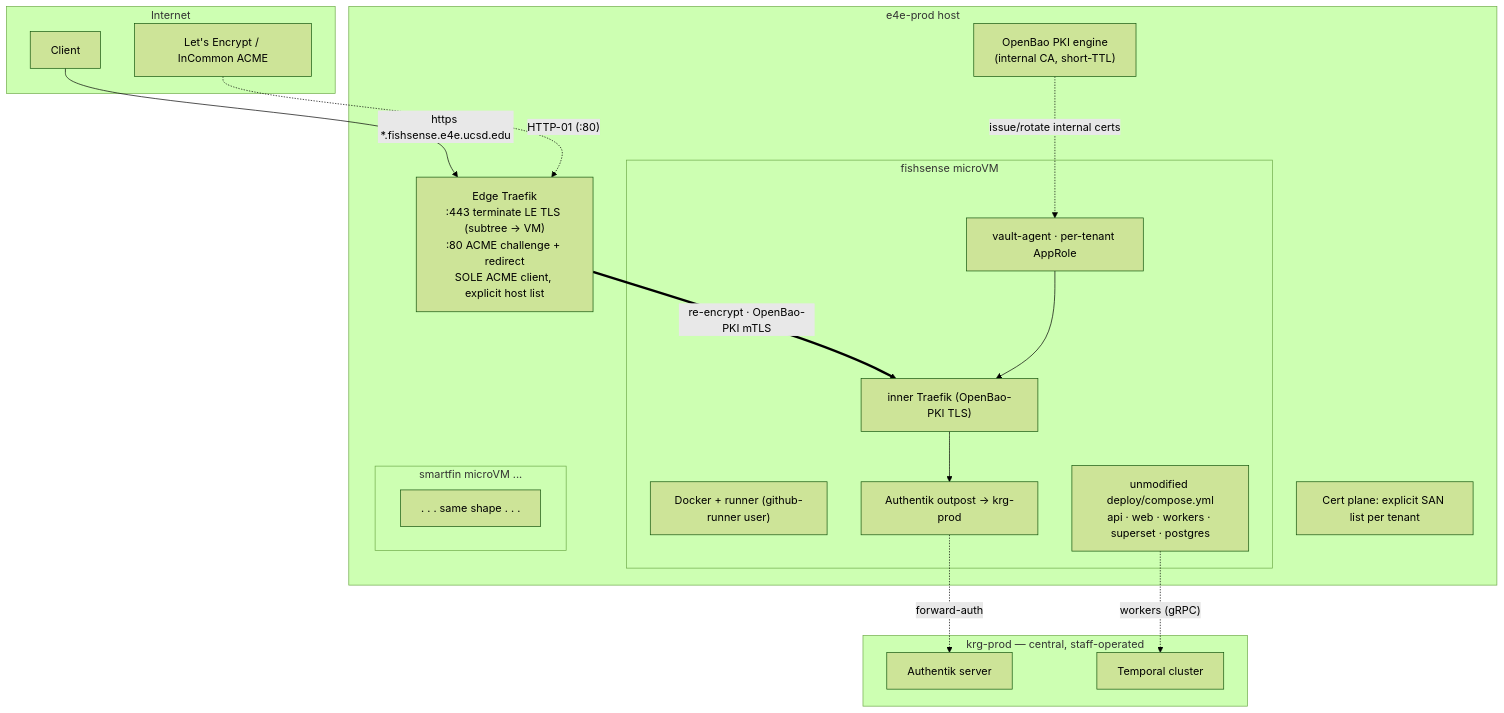
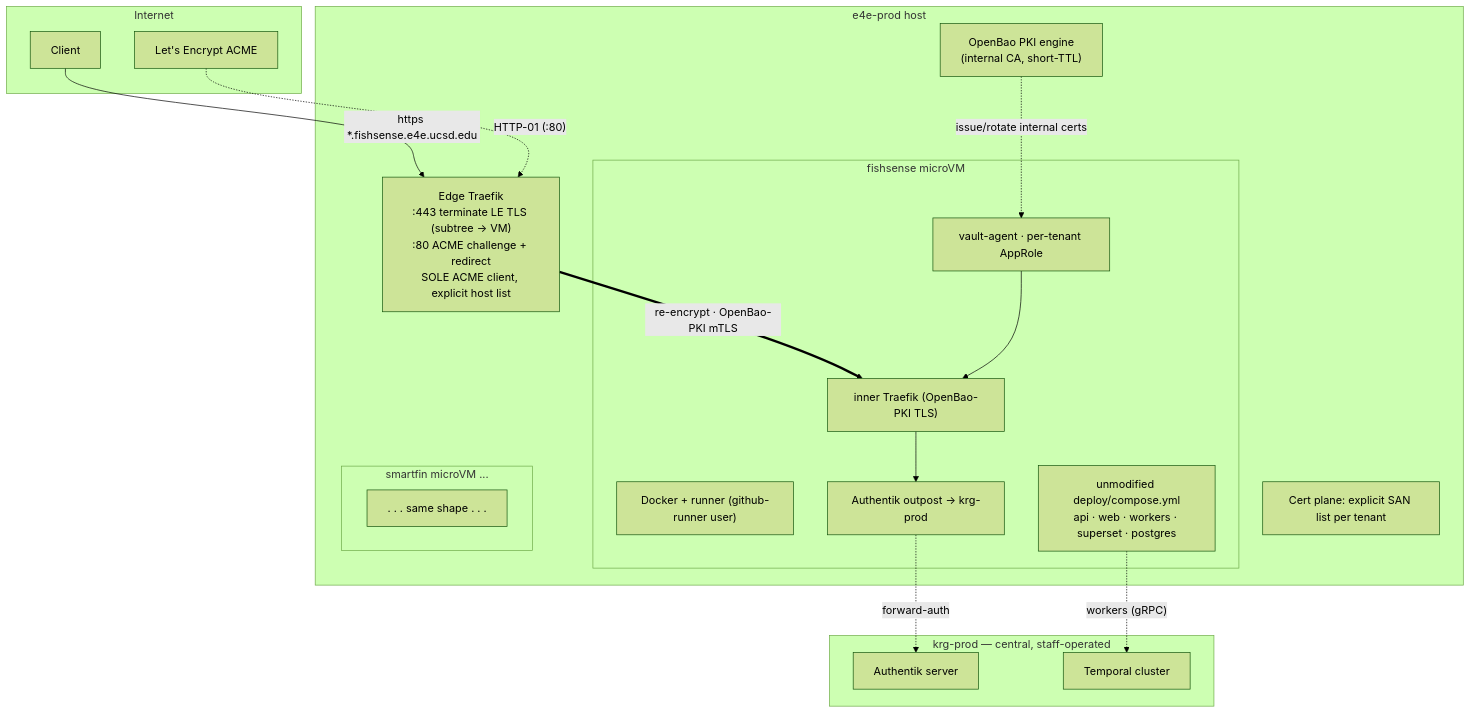
One commit to KastnerRG/krg-infra changed the diagram in docs/e4e-prod-tenant-platform.md. Above: the diagram before and after it, drawn with Mermaid (forest theme). The commit also changed other lines of this file and 1 other file, not shown here.

First line of the commit message:
docs(e4e-prod): resolve CA source to Let's Encrypt, reject InCommon

````diff
--- a/docs/e4e-prod-tenant-platform.md
+++ b/docs/e4e-prod-tenant-platform.md
@@ -24,39 +24,39 @@
 ```mermaid
 flowchart TB
     subgraph internet[Internet]
         client[Client]
-        le[Let's Encrypt / InCommon ACME]
+        le[Let's Encrypt ACME]
     end
 
     subgraph krgprod[krg-prod — central, staff-operated]
         authentik[Authentik server]
         temporal[Temporal cluster]
     end
 
     subgraph host[e4e-prod host]
         edge["Edge Traefik<br/>:443 terminate LE TLS (subtree → VM)<br/>:80 ACME challenge + redirect<br/>SOLE ACME client, explicit host list"]
         certmgr[Cert plane: explicit SAN list per tenant]
         pki["OpenBao PKI engine<br/>(internal CA, short-TTL)"]
 
         subgraph vmf[fishsense microVM]
             fdocker["Docker + runner (github-runner user)"]
             ftraefik["inner Traefik (OpenBao-PKI TLS)"]
             foutpost["Authentik outpost → krg-prod"]
             fagent[vault-agent · per-tenant AppRole]
             fapp["unmodified deploy/compose.yml<br/>api · web · workers · superset · postgres"]
         end
 
         subgraph vms[smartfin microVM ...]
             sdots[". . . same shape . . ."]
         end
     end
 
     client -- "https *.fishsense.e4e.ucsd.edu" --> edge
     edge == "re-encrypt · OpenBao-PKI mTLS" ==> ftraefik
     le -. "HTTP-01 (:80)" .-> edge
     ftraefik --> foutpost
     foutpost -. "forward-auth" .-> authentik
     fapp -. "workers (gRPC)" .-> temporal
     pki -. "issue/rotate internal certs" .-> fagent
     fagent --> ftraefik
 ```
````
